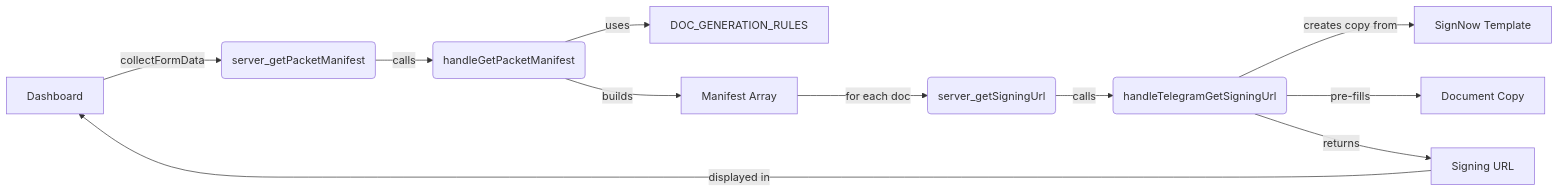
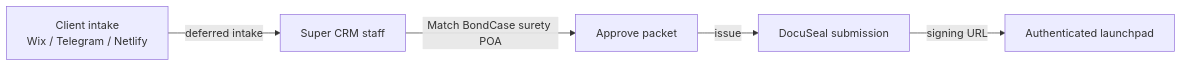
The second of 2 diagrams in docs/ARCHITECTURE.md (Shamrock2245/shamrock-bail-portal-site), drawn with Mermaid before and after one commit. The commit also changed other lines of this file and 7 other files, not shown here.

First line of the commit message:
docs: retire dead Universal bookmarklets; DocuSeal-only SignNow scrub (#17)

````diff
--- a/docs/ARCHITECTURE.md
+++ b/docs/ARCHITECTURE.md
@@ -197,13 +199,7 @@
 ```mermaid
 graph LR
-    A[Dashboard] -->|collectFormData| B(server_getPacketManifest);
-    B -->|calls| C(handleGetPacketManifest);
-    C -->|uses| D[DOC_GENERATION_RULES];
-    C -->|builds| E[Manifest Array];
-    E -->|for each doc| F(server_getSigningUrl);
-    F -->|calls| G(handleTelegramGetSigningUrl);
-    G -->|creates copy from| H[SignNow Template];
-    G -->|pre-fills| I[Document Copy];
-    G -->|returns| J[Signing URL];
-    J -->|displayed in| A;
+    A[Client intake<br/>Wix / Telegram / Netlify] -->|deferred intake| B[Super CRM staff];
+    B -->|Match BondCase surety POA| C[Approve packet];
+    C -->|issue| D[DocuSeal submission];
+    D -->|signing URL| E[Authenticated launchpad];
 ```
````
